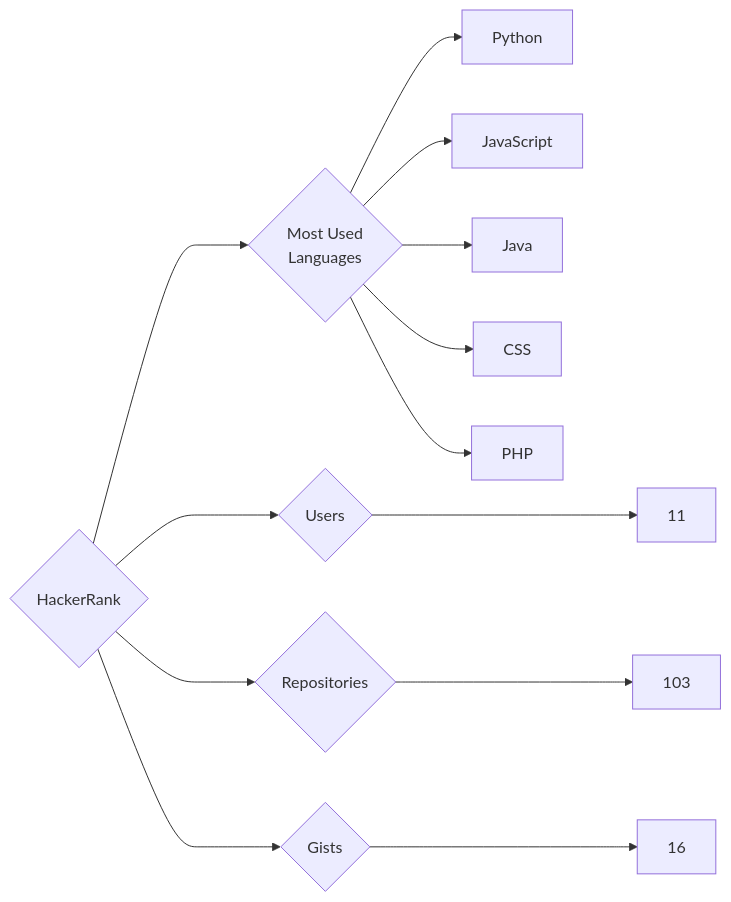
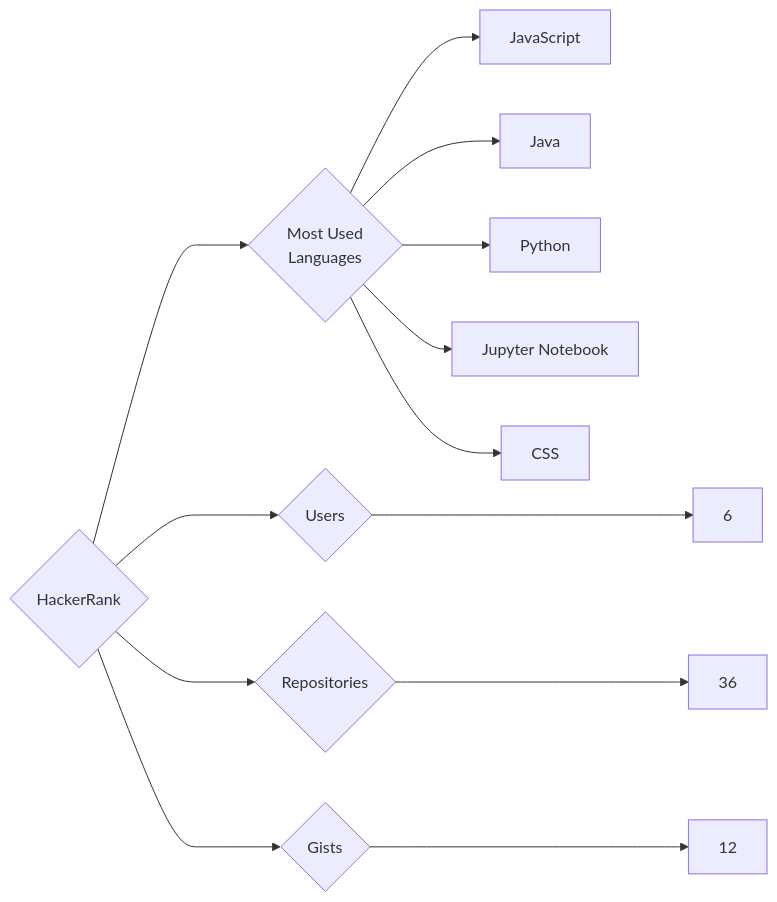
One commit to trickest/insiders changed the diagram in targets/HackerRank/README.md. Above: the diagram before and after it, drawn with Mermaid. The commit also changed 806 other files, not shown here.

````diff
--- a/targets/HackerRank/README.md
+++ b/targets/HackerRank/README.md
@@ -3,13 +3,13 @@
 ```mermaid
 graph LR
 COMPANY_NAME{HackerRank}
-COMPANY_NAME ---> U{Users} ---> UN[11]
-COMPANY_NAME ---> R{Repositories} ---> RN[103]
-COMPANY_NAME ---> G{Gists} ---> GN[16]
+COMPANY_NAME ---> U{Users} ---> UN[6]
+COMPANY_NAME ---> R{Repositories} ---> RN[36]
+COMPANY_NAME ---> G{Gists} ---> GN[12]
 COMPANY_NAME ---> ML{Most Used<br>Languages}
-ML --> Python[Python]
 ML --> JavaScript[JavaScript]
 ML --> Java[Java]
+ML --> Python[Python]
+ML --> Jupyter_Notebook[Jupyter Notebook]
 ML --> CSS[CSS]
-ML --> PHP[PHP]
 ```
````
